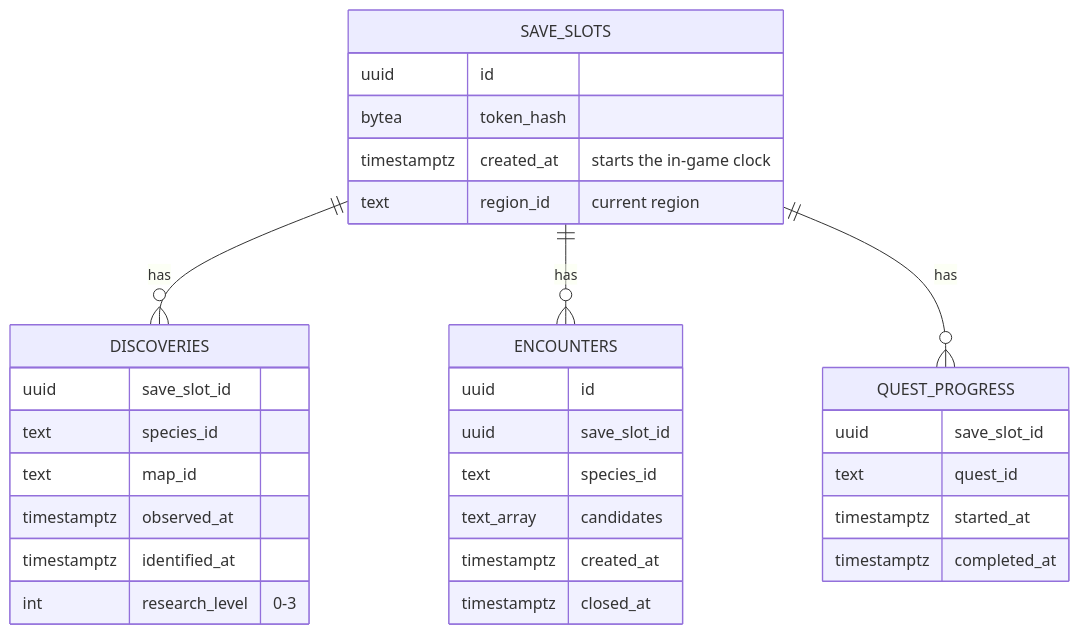
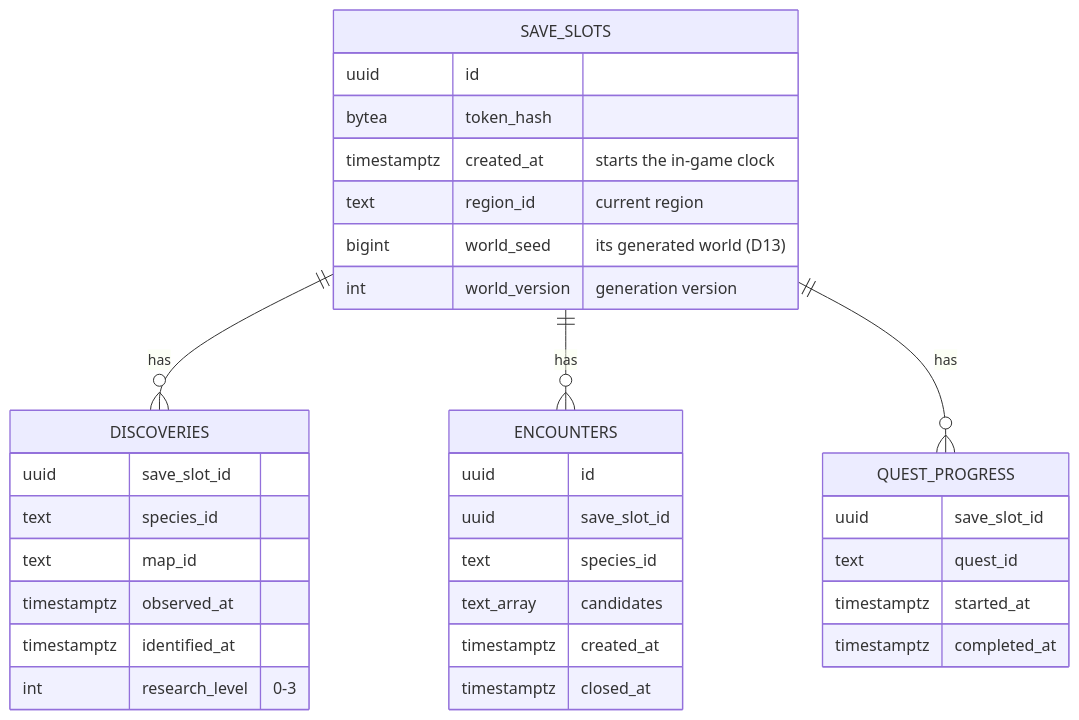
One commit to David-Letonja-CTG/Slovion changed the seventh of 8 diagrams in docs/architecture.md. Above: the diagram before and after it, drawn with Mermaid. The commit also changed other lines of this file and 11 other files, not shown here.

First line of the commit message:
World generation phase 1: docs, D13, E2E with a fixed seed

````diff
--- a/docs/architecture.md
+++ b/docs/architecture.md
@@ -209,34 +213,36 @@
 ```mermaid
 erDiagram
   SAVE_SLOTS ||--o{ DISCOVERIES : "has"
   SAVE_SLOTS ||--o{ ENCOUNTERS : "has"
   SAVE_SLOTS ||--o{ QUEST_PROGRESS : "has"
   SAVE_SLOTS {
     uuid id
     bytea token_hash
     timestamptz created_at "starts the in-game clock"
     text region_id "current region"
+    bigint world_seed "its generated world (D13)"
+    int world_version "generation version"
   }
   DISCOVERIES {
     uuid save_slot_id
     text species_id
     text map_id
     timestamptz observed_at
     timestamptz identified_at
     int research_level "0-3"
   }
   ENCOUNTERS {
     uuid id
     uuid save_slot_id
     text species_id
     text_array candidates
     timestamptz created_at
     timestamptz closed_at
   }
   QUEST_PROGRESS {
     uuid save_slot_id
     text quest_id
     timestamptz started_at
     timestamptz completed_at
   }
 ```
````
